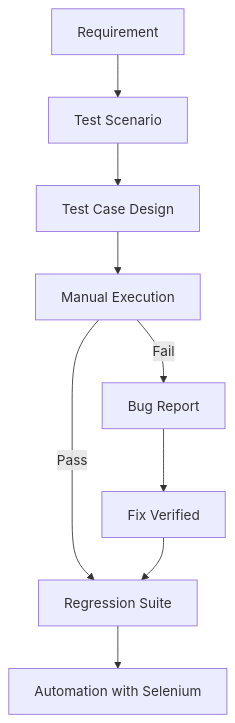
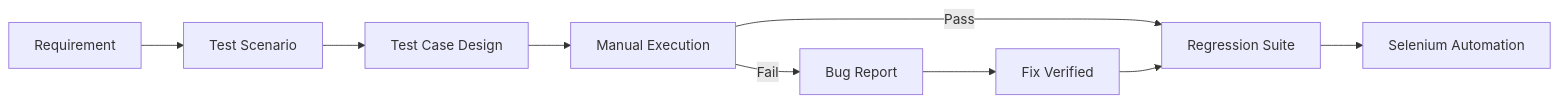
One commit to Jothirupan26/Jothirupan26 changed the diagram in README.md. Above: the diagram before and after it, drawn with Mermaid. The commit also changed other lines of this file, not shown here.

````diff
--- a/README.md
+++ b/README.md
@@ -119,11 +137,11 @@
 ```mermaid
-flowchart TD
+flowchart LR
     A[Requirement] --> B[Test Scenario]
     B --> C[Test Case Design]
     C --> D[Manual Execution]
     D -->|Pass| E[Regression Suite]
     D -->|Fail| F[Bug Report]
     F --> G[Fix Verified]
     G --> E
-    E --> H[Automation with Selenium]
+    E --> H[Selenium Automation]
 ```
````
